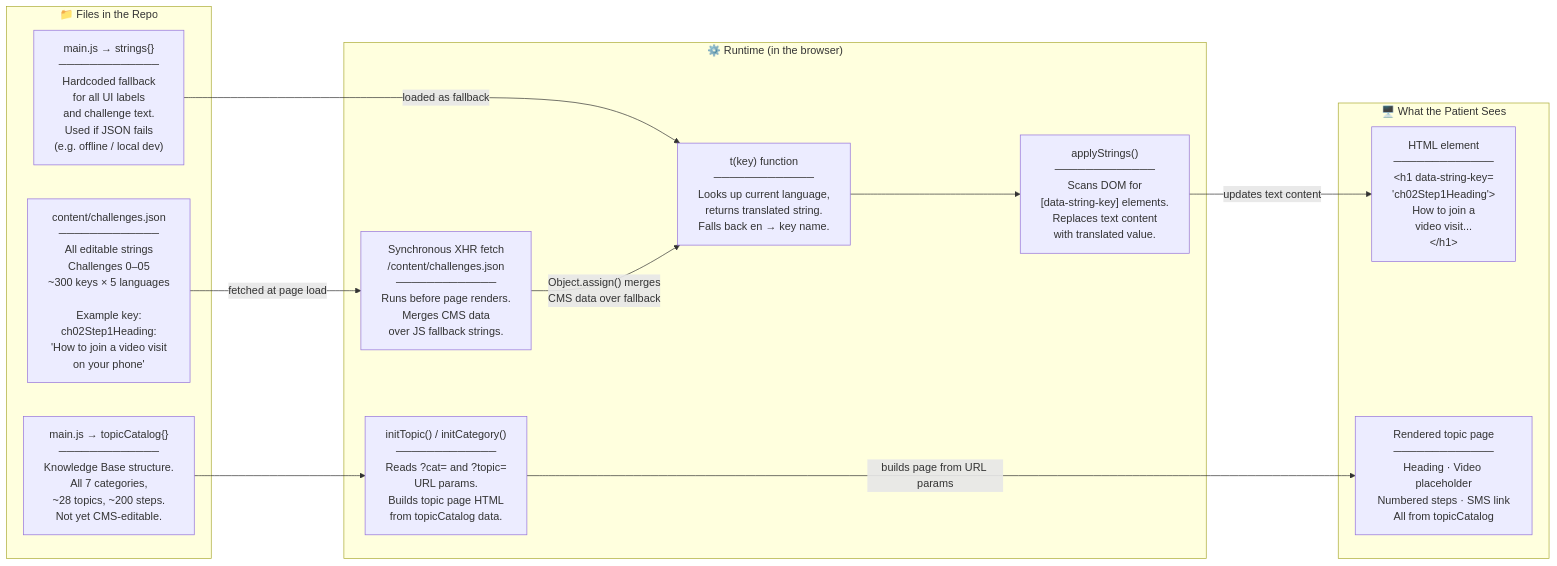
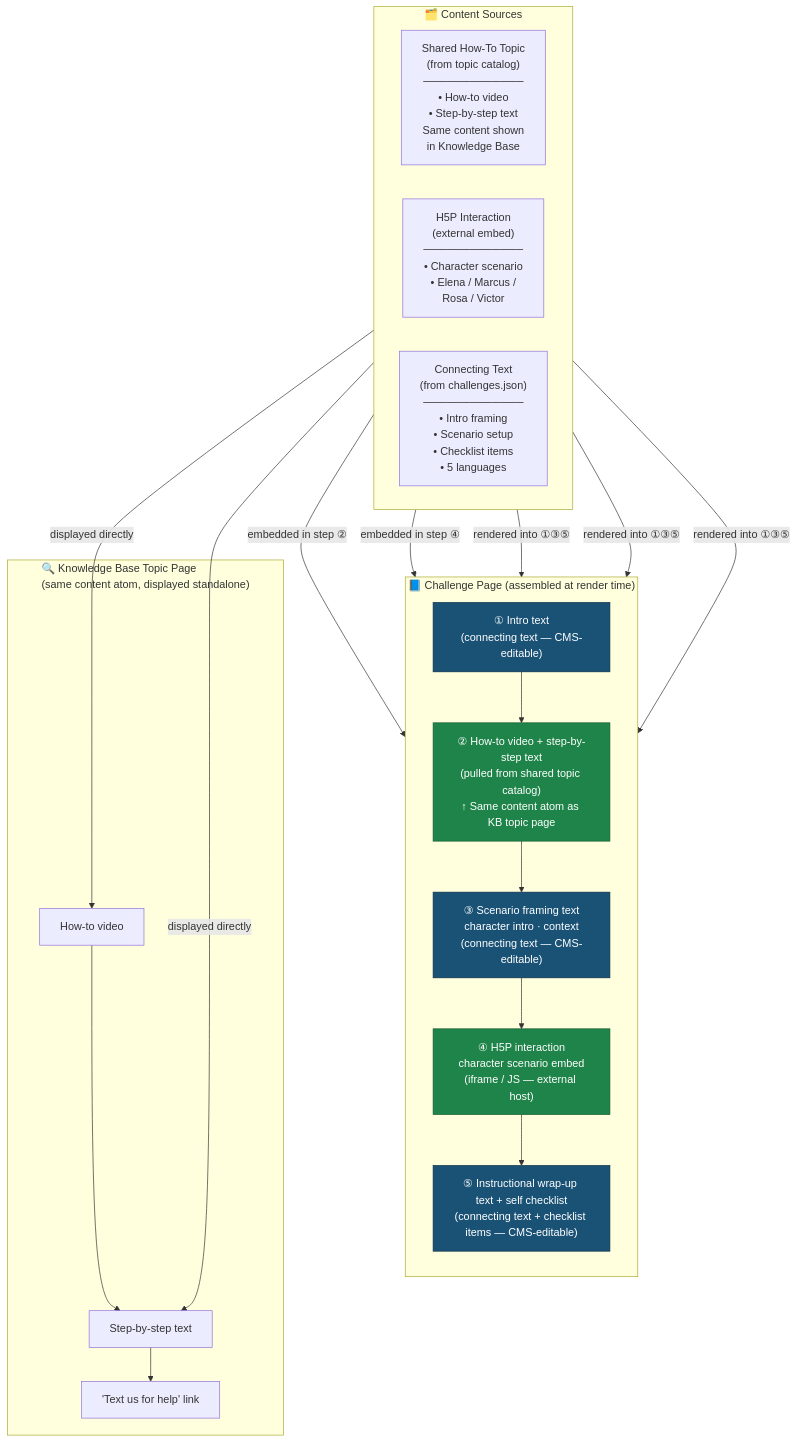
Before and after one commit to savvyed/BMC: the second of 3 diagrams in BMC_architecture.md, drawn with Mermaid. The commit also changed other lines of this file, not shown here.

First line of the commit message:
Restructure architecture to reflect shared content pool model

````diff
--- a/BMC_architecture.md
+++ b/BMC_architecture.md
@@ -139,30 +137,42 @@
 ```mermaid
-flowchart LR
+flowchart TD
 
-    subgraph Files["📁  Files in the Repo"]
-        JSON["content/challenges.json\n─────────────\nAll editable strings\nChallenges 0–05\n~300 keys × 5 languages\n\nExample key:\nch02Step1Heading:\n'How to join a video visit\non your phone'"]
-        JS_Strings["main.js → strings{}\n─────────────\nHardcoded fallback\nfor all UI labels\nand challenge text.\nUsed if JSON fails\n(e.g. offline / local dev)"]
-        JS_Catalog["main.js → topicCatalog{}\n─────────────\nKnowledge Base structure.\nAll 7 categories,\n~28 topics, ~200 steps.\nNot yet CMS-editable."]
+    subgraph Sources["🗂️  Content Sources"]
+        direction LR
+        TopicPool["Shared How-To Topic\n(from topic catalog)\n─────────────\n• How-to video\n• Step-by-step text\nSame content shown\nin Knowledge Base"]
+        H5PSource["H5P Interaction\n(external embed)\n─────────────\n• Character scenario\n• Elena / Marcus /\n  Rosa / Victor"]
+        ConnText["Connecting Text\n(from challenges.json)\n─────────────\n• Intro framing\n• Scenario setup\n• Checklist items\n• 5 languages"]
     end
 
-    subgraph Runtime["⚙️  Runtime (in the browser)"]
-        XHR["Synchronous XHR fetch\n/content/challenges.json\n─────────────\nRuns before page renders.\nMerges CMS data\nover JS fallback strings."]
-        T["t(key) function\n─────────────\nLooks up current language,\nreturns translated string.\nFalls back en → key name."]
-        ApplyStrings["applyStrings()\n─────────────\nScans DOM for\n[data-string-key] elements.\nReplaces text content\nwith translated value."]
-        InitTopic["initTopic() / initCategory()\n─────────────\nReads ?cat= and ?topic=\nURL params.\nBuilds topic page HTML\nfrom topicCatalog data."]
+    subgraph ChallengePage["📘  Challenge Page  (assembled at render time)"]
+        direction TB
+        A["① Intro text\n(connecting text — CMS-editable)"]
+        B["② How-to video + step-by-step text\n(pulled from shared topic catalog)\n↑ Same content atom as KB topic page"]
+        C["③ Scenario framing text\ncharacter intro · context\n(connecting text — CMS-editable)"]
+        D["④ H5P interaction\ncharacter scenario embed\n(iframe / JS — external host)"]
+        E["⑤ Instructional wrap-up text + self checklist\n(connecting text + checklist items — CMS-editable)"]
+
+        A --> B --> C --> D --> E
     end
 
-    subgraph DOM["🖥️  What the Patient Sees"]
-        HTML["HTML element\n─────────────\n&lt;h1 data-string-key=\n'ch02Step1Heading'&gt;\nHow to join a\nvideo visit...\n&lt;/h1&gt;"]
-        TopicPage["Rendered topic page\n─────────────\nHeading · Video placeholder\nNumbered steps · SMS link\nAll from topicCatalog"]
+    subgraph KBPage["🔍  Knowledge Base Topic Page\n(same content atom, displayed standalone)"]
+        KB_Vid["How-to video"]
+        KB_Steps["Step-by-step text"]
+        KB_SMS["'Text us for help' link"]
+        KB_Vid --> KB_Steps --> KB_SMS
     end
 
-    JSON -->|"fetched at page load"| XHR
-    JS_Strings -->|"loaded as fallback"| T
-    XHR -->|"Object.assign() merges\nCMS data over fallback"| T
-    T --> ApplyStrings
-    ApplyStrings -->|"updates text content"| HTML
+    TopicPool -->|"embedded in step ②"| B
+    TopicPool -->|"displayed directly"| KB_Vid
+    TopicPool -->|"displayed directly"| KB_Steps
+    H5PSource -->|"embedded in step ④"| D
+    ConnText -->|"rendered into ①③⑤"| A
+    ConnText -->|"rendered into ①③⑤"| C
+    ConnText -->|"rendered into ①③⑤"| E
 
-    JS_Catalog --> InitTopic
-    InitTopic -->|"builds page from URL params"| TopicPage
+    style B fill:#1e8449,color:#fff,stroke:#145a32
+    style D fill:#1e8449,color:#fff,stroke:#145a32
+    style A fill:#1a5276,color:#fff,stroke:#0d2d47
+    style C fill:#1a5276,color:#fff,stroke:#0d2d47
+    style E fill:#1a5276,color:#fff,stroke:#0d2d47
 ```
````
